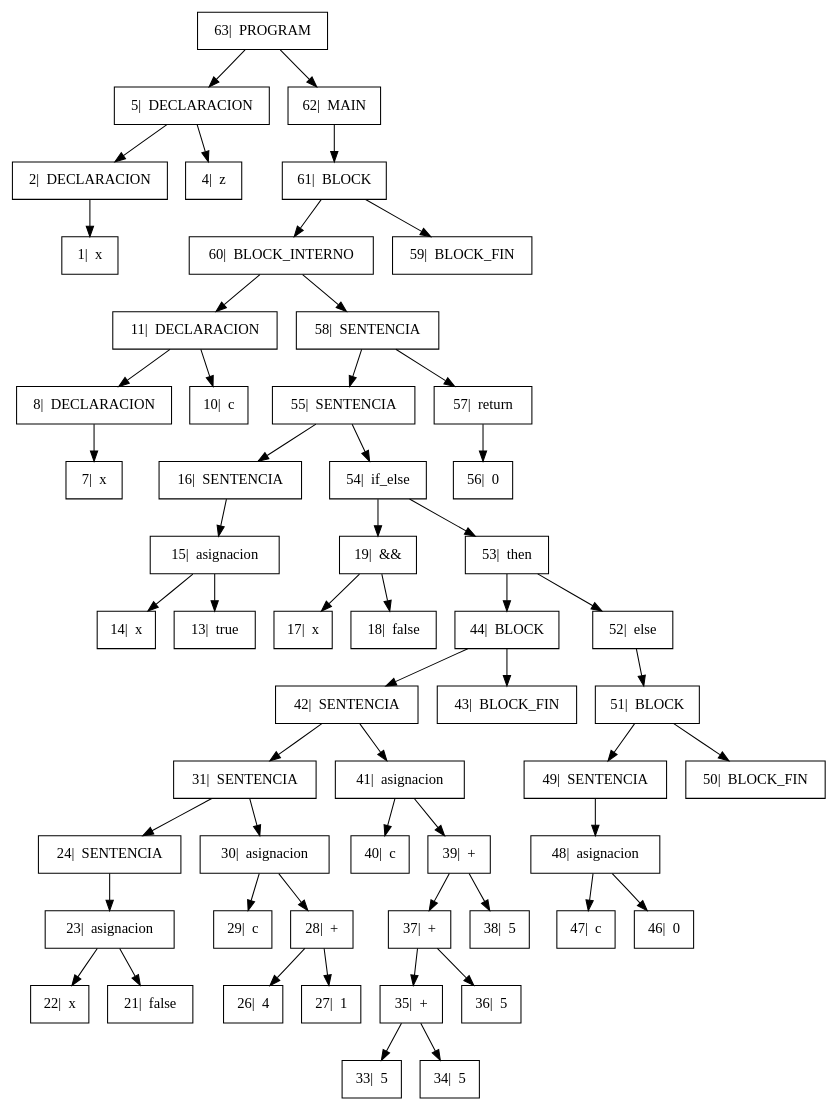
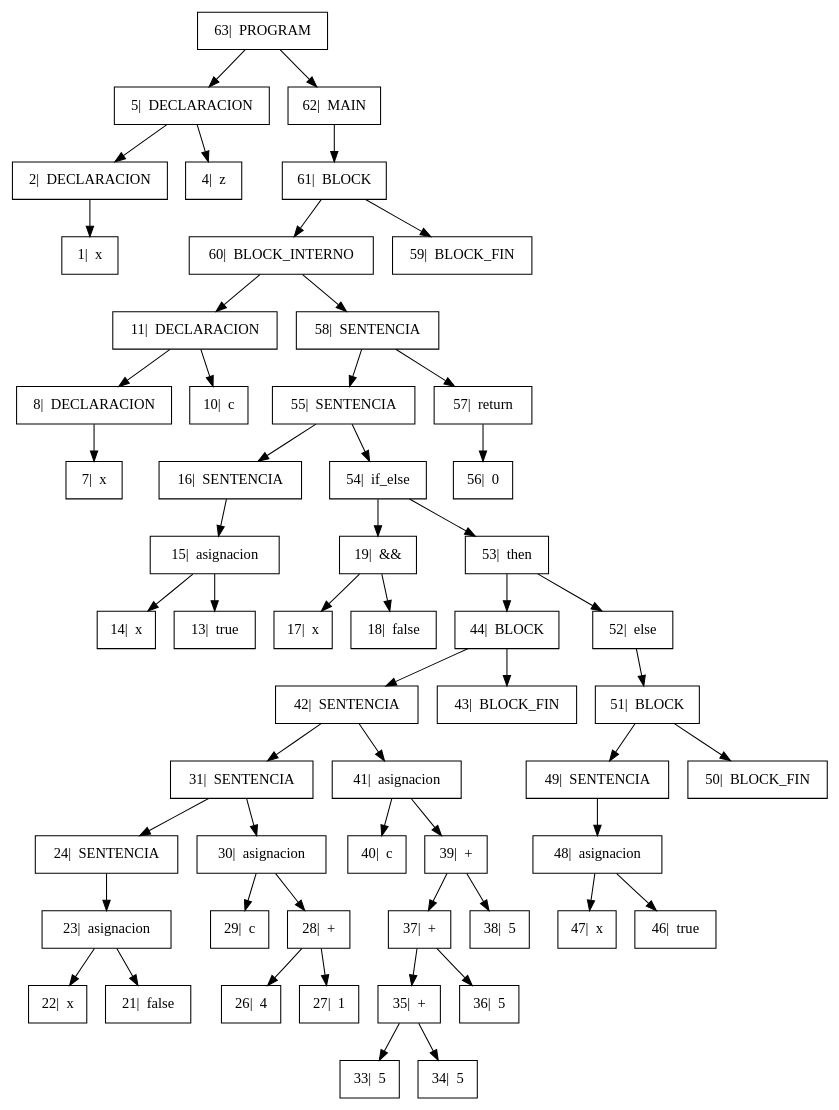
Before and after one commit to GiovA07/PRE-PROYECTO-COMPILADORES: the diagram in Proyecto/output/Arbol.dot, drawn with Graphviz. The commit also changed 3 other files, not shown here.

```diff
--- a/Proyecto/output/Arbol.dot
+++ b/Proyecto/output/Arbol.dot
@@ -1,37 +1,37 @@
 digraph{
 
 rankdir=TB;
 
 node[shape=box];
 "63|  PROGRAM" -> "5|  DECLARACION", "62|  MAIN";
 "5|  DECLARACION" -> "2|  DECLARACION", "4|  z";
 "2|  DECLARACION" -> "1|  x" ;
 "62|  MAIN" -> "61|  BLOCK" ;
 "61|  BLOCK" -> "60|  BLOCK_INTERNO", "59|  BLOCK_FIN";
 "60|  BLOCK_INTERNO" -> "11|  DECLARACION", "58|  SENTENCIA";
 "11|  DECLARACION" -> "8|  DECLARACION", "10|  c";
 "8|  DECLARACION" -> "7|  x" ;
 "58|  SENTENCIA" -> "55|  SENTENCIA", "57|  return";
 "55|  SENTENCIA" -> "16|  SENTENCIA", "54|  if_else";
 "16|  SENTENCIA" -> "15|  asignacion" ;
 "15|  asignacion" -> "14|  x", "13|  true";
 "54|  if_else" -> "19|  &&", "53|  then";
 "19|  &&" -> "17|  x", "18|  false";
 "53|  then" -> "44|  BLOCK", "52|  else";
 "44|  BLOCK" -> "42|  SENTENCIA", "43|  BLOCK_FIN";
 "42|  SENTENCIA" -> "31|  SENTENCIA", "41|  asignacion";
 "31|  SENTENCIA" -> "24|  SENTENCIA", "30|  asignacion";
 "24|  SENTENCIA" -> "23|  asignacion" ;
 "23|  asignacion" -> "22|  x", "21|  false";
 "30|  asignacion" -> "29|  c", "28|  +";
 "28|  +" -> "26|  4", "27|  1";
 "41|  asignacion" -> "40|  c", "39|  +";
 "39|  +" -> "37|  +", "38|  5";
 "37|  +" -> "35|  +", "36|  5";
 "35|  +" -> "33|  5", "34|  5";
 "52|  else" -> "51|  BLOCK" ;
 "51|  BLOCK" -> "49|  SENTENCIA", "50|  BLOCK_FIN";
 "49|  SENTENCIA" -> "48|  asignacion" ;
-"48|  asignacion" -> "47|  c", "46|  0";
+"48|  asignacion" -> "47|  x", "46|  true";
 "57|  return" -> "56|  0" ;
 }
```
